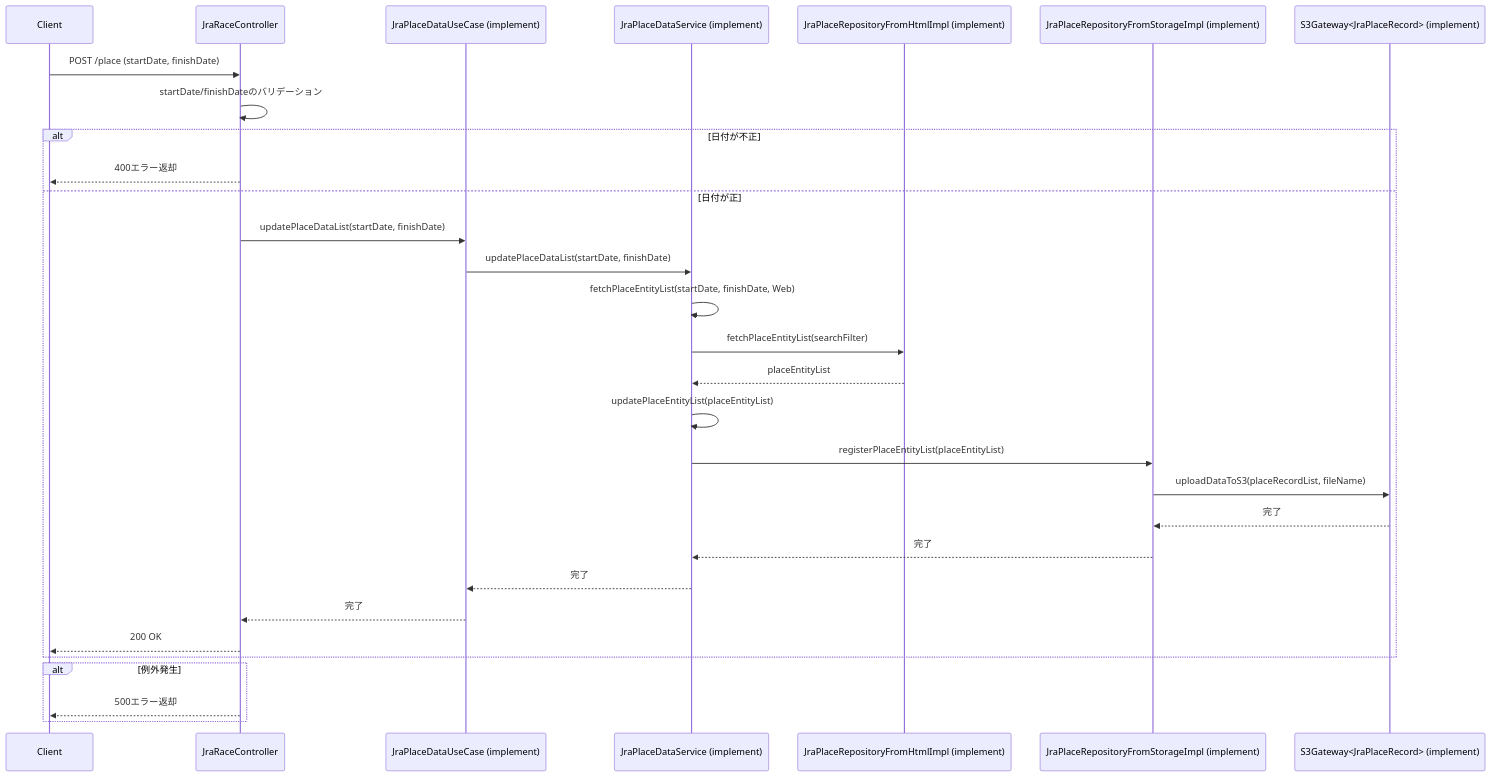
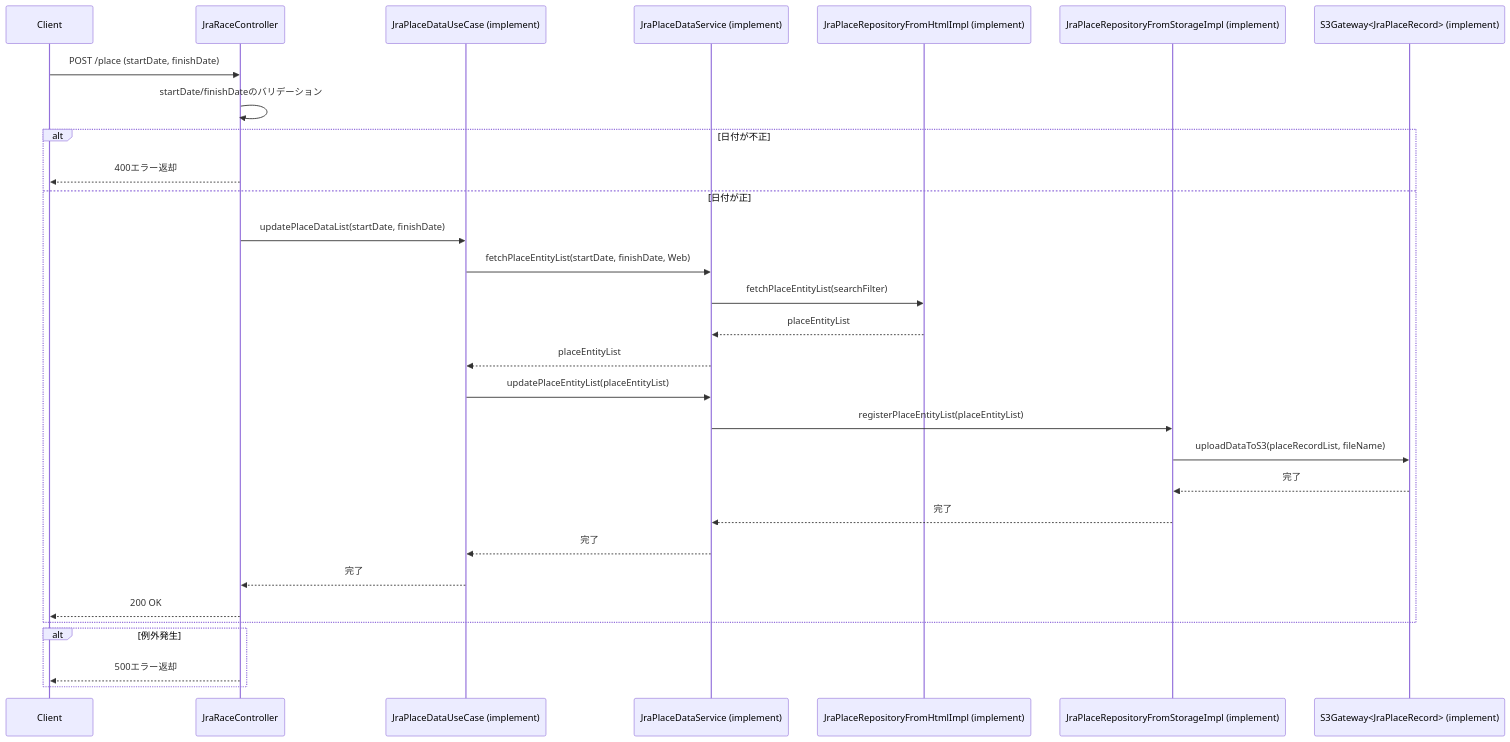
The diagram in document/detail-design/sequence/jra/updatePlaceDataList.md (taichi6930/race-schedule-api), drawn with Mermaid before and after one commit.

Commit message:
fix: updatePlaceDataListシーケンス図をusecaseで取得→usecaseで保存指示の2段階に修正

````diff
--- a/document/detail-design/sequence/jra/updatePlaceDataList.md
+++ b/document/detail-design/sequence/jra/updatePlaceDataList.md
@@ -3,33 +3,33 @@
 ```mermaid
 sequenceDiagram
     participant Client
     participant JraRaceController
     participant JraPlaceDataUseCase as JraPlaceDataUseCase (implement)
     participant JraPlaceDataService as JraPlaceDataService (implement)
     participant JraPlaceRepositoryFromHtmlImpl as JraPlaceRepositoryFromHtmlImpl (implement)
     participant JraPlaceRepositoryFromStorageImpl as JraPlaceRepositoryFromStorageImpl (implement)
     participant S3Gateway as S3Gateway<JraPlaceRecord> (implement)
 
     Client->>JraRaceController: POST /place (startDate, finishDate)
     JraRaceController->>JraRaceController: startDate/finishDateのバリデーション
     alt 日付が不正
         JraRaceController-->>Client: 400エラー返却
     else 日付が正
         JraRaceController->>JraPlaceDataUseCase: updatePlaceDataList(startDate, finishDate)
-        JraPlaceDataUseCase->>JraPlaceDataService: updatePlaceDataList(startDate, finishDate)
-        JraPlaceDataService->>JraPlaceDataService: fetchPlaceEntityList(startDate, finishDate, Web)
+        JraPlaceDataUseCase->>JraPlaceDataService: fetchPlaceEntityList(startDate, finishDate, Web)
         JraPlaceDataService->>JraPlaceRepositoryFromHtmlImpl: fetchPlaceEntityList(searchFilter)
         JraPlaceRepositoryFromHtmlImpl-->>JraPlaceDataService: placeEntityList
-        JraPlaceDataService->>JraPlaceDataService: updatePlaceEntityList(placeEntityList)
+        JraPlaceDataService-->>JraPlaceDataUseCase: placeEntityList
+        JraPlaceDataUseCase->>JraPlaceDataService: updatePlaceEntityList(placeEntityList)
         JraPlaceDataService->>JraPlaceRepositoryFromStorageImpl: registerPlaceEntityList(placeEntityList)
         JraPlaceRepositoryFromStorageImpl->>S3Gateway: uploadDataToS3(placeRecordList, fileName)
         S3Gateway-->>JraPlaceRepositoryFromStorageImpl: 完了
         JraPlaceRepositoryFromStorageImpl-->>JraPlaceDataService: 完了
         JraPlaceDataService-->>JraPlaceDataUseCase: 完了
         JraPlaceDataUseCase-->>JraRaceController: 完了
         JraRaceController-->>Client: 200 OK
     end
     alt 例外発生
         JraRaceController-->>Client: 500エラー返却
     end
 ```
````
